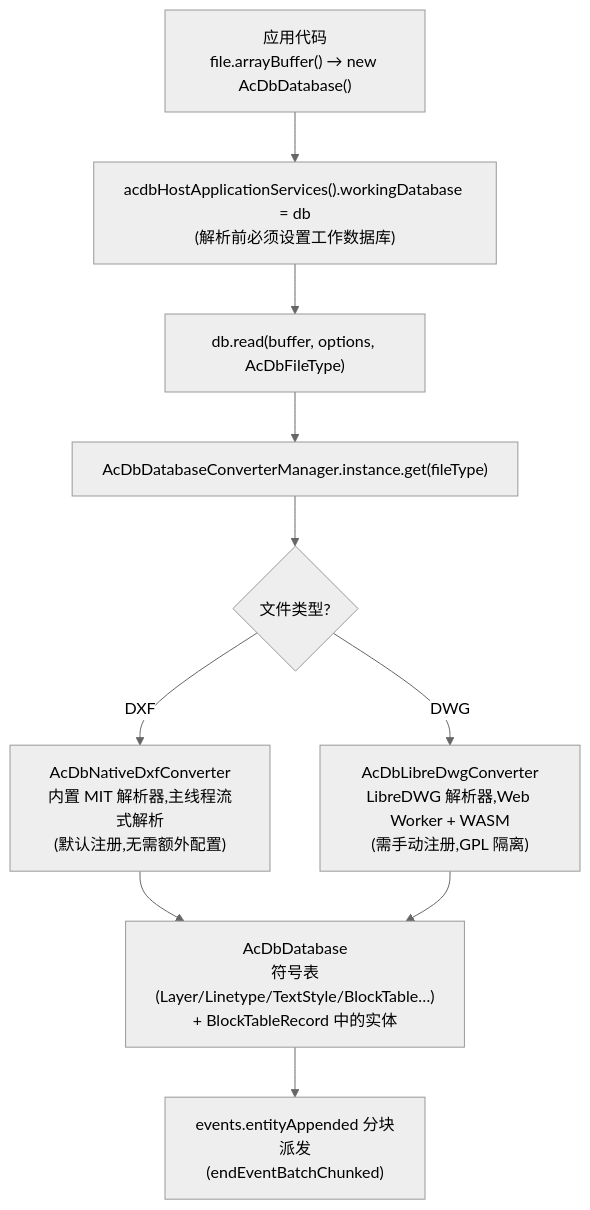
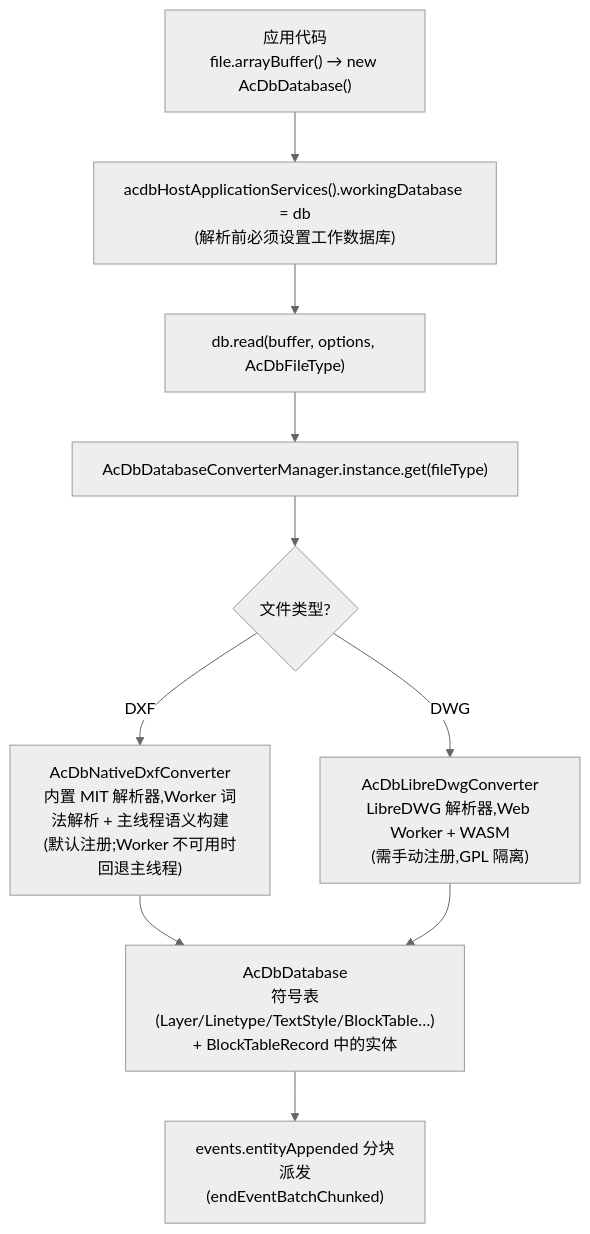
One commit to FromSouthToNorth/cad-viewer changed the second of 9 diagrams in docs/架构图.md. Above: the diagram before and after it, drawn with Mermaid (neutral theme). The commit also changed other lines of this file and 54 other files, not shown here.

````diff
--- a/docs/架构图.md
+++ b/docs/架构图.md
@@ -41,18 +41,18 @@
 ```mermaid
 flowchart TB
     APP["应用代码<br/>file.arrayBuffer() → new AcDbDatabase()"]
     AC["acdbHostApplicationServices().workingDatabase = db<br/>(解析前必须设置工作数据库)"]
     READ["db.read(buffer, options, AcDbFileType)"]
     MGR["AcDbDatabaseConverterManager.instance.get(fileType)"]
     DXF{"文件类型?"}
-    NATIVE["AcDbNativeDxfConverter<br/>内置 MIT 解析器,主线程流式解析<br/>(默认注册,无需额外配置)"]
+    NATIVE["AcDbNativeDxfConverter<br/>内置 MIT 解析器,Worker 词法解析 + 主线程语义构建<br/>(默认注册;Worker 不可用时回退主线程)"]
     DWG["AcDbLibreDwgConverter<br/>LibreDWG 解析器,Web Worker + WASM<br/>(需手动注册,GPL 隔离)"]
     DB["AcDbDatabase<br/>符号表(Layer/Linetype/TextStyle/BlockTable…)<br/>+ BlockTableRecord 中的实体"]
     EVT["events.entityAppended 分块派发<br/>(endEventBatchChunked)"]
 
     APP --> AC --> READ --> MGR --> DXF
     DXF -->|"DXF"| NATIVE
     DXF -->|"DWG"| DWG
     NATIVE --> DB --> EVT
     DWG --> DB
 ```
````
